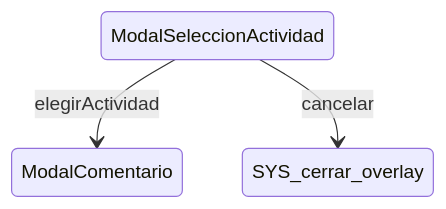
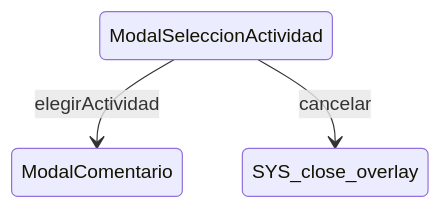
The diagram in spec/docs/sistema/overlays/ModalSeleccionActividad.md (cepeche/Trenza-DSL), drawn with Mermaid before and after one commit. The commit also changed other lines of this file and 2250 other files, not shown here.

````diff
--- a/spec/docs/sistema/overlays/ModalSeleccionActividad.md
+++ b/spec/docs/sistema/overlays/ModalSeleccionActividad.md
@@ -14,5 +15,5 @@
 ```mermaid
 stateDiagram-v2
     ModalSeleccionActividad --> ModalComentario : elegirActividad
-    ModalSeleccionActividad --> SYS_cerrar_overlay : cancelar
+    ModalSeleccionActividad --> SYS_close_overlay : cancelar
 ```
````
